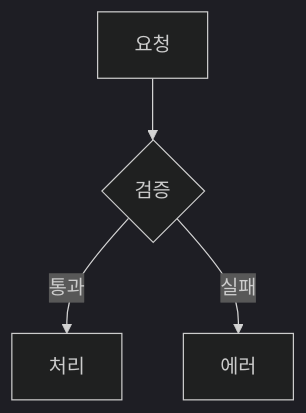
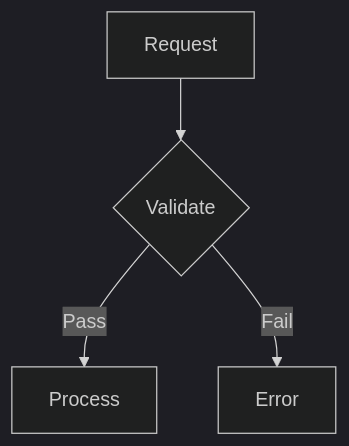
One commit to warqun/AIMindVaults-EN changed the first of 3 diagrams in Vaults/BasicVaults/BasicContentsVault/.sync/_Standards/Core/Plugins/RENDERING_SKILL_DRILLS.md. Above: the diagram before and after it, drawn with Mermaid (dark theme). The commit also changed other lines of this file and 182 other files, not shown here.

````diff
--- a/Vaults/BasicVaults/BasicContentsVault/.sync/_Standards/Core/Plugins/RENDERING_SKILL_DRILLS.md
+++ b/Vaults/BasicVaults/BasicContentsVault/.sync/_Standards/Core/Plugins/RENDERING_SKILL_DRILLS.md
@@ -26,6 +26,6 @@
 ```mermaid
 flowchart TD
-  A[요청] --> B{검증}
-  B -->|통과| C[처리]
-  B -->|실패| D[에러]
+  A[Request] --> B{Validate}
+  B -->|Pass| C[Process]
+  B -->|Fail| D[Error]
 ```
````
